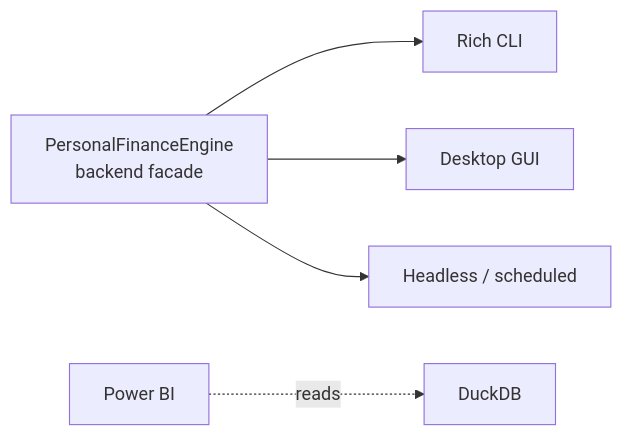
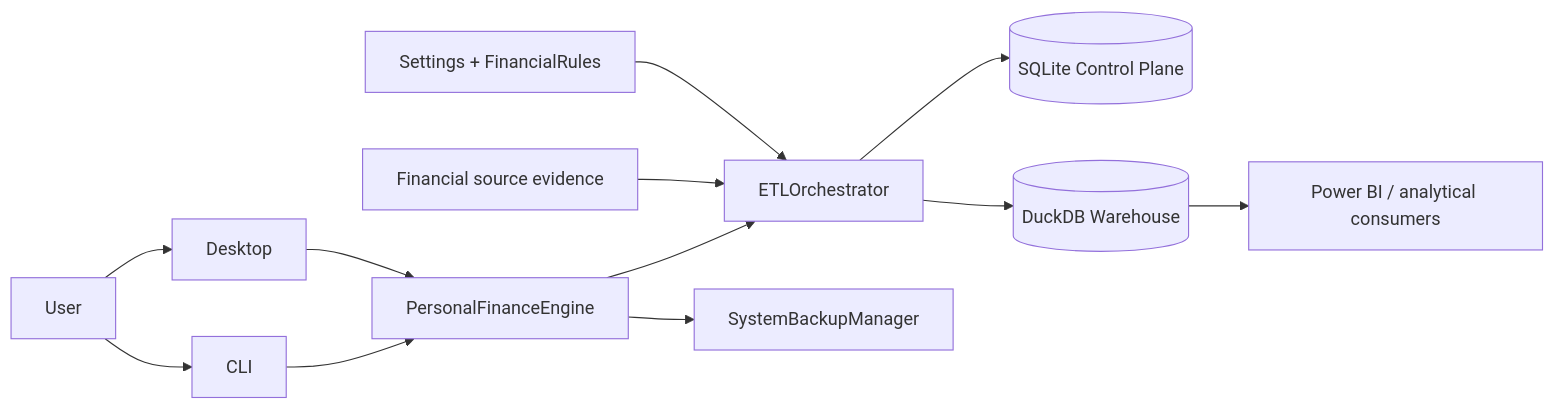
One commit to tks18/personal-finance-etl changed the first of 12 diagrams in docs/architecture/system-architecture.md. Above: the diagram before and after it, drawn with Mermaid. The commit also changed other lines of this file, not shown here.

````diff
--- a/docs/architecture/system-architecture.md
+++ b/docs/architecture/system-architecture.md
@@ -97,13 +20,19 @@
 ```mermaid
 flowchart LR
-    API["PersonalFinanceEngine<br/>backend facade"]
-    CLI["Rich CLI"]
-    GUI["Desktop GUI"]
-    AUTO["Headless / scheduled"]
-    BI["Power BI"]
+    USER[User] --> CLI[CLI]
+    USER --> GUI[Desktop]
 
-    API --> CLI
-    API --> GUI
-    API --> AUTO
-    BI -. reads .-> WH["DuckDB"]
+    CLI --> API[PersonalFinanceEngine]
+    GUI --> API
+
+    API --> ETL[ETLOrchestrator]
+    API --> BK[SystemBackupManager]
+
+    SOURCES[Financial source evidence] --> ETL
+    RULES[Settings + FinancialRules] --> ETL
+
+    ETL --> CP[(SQLite Control Plane)]
+    ETL --> DDB[(DuckDB Warehouse)]
+
+    DDB --> BI[Power BI / analytical consumers]
 ```
````
